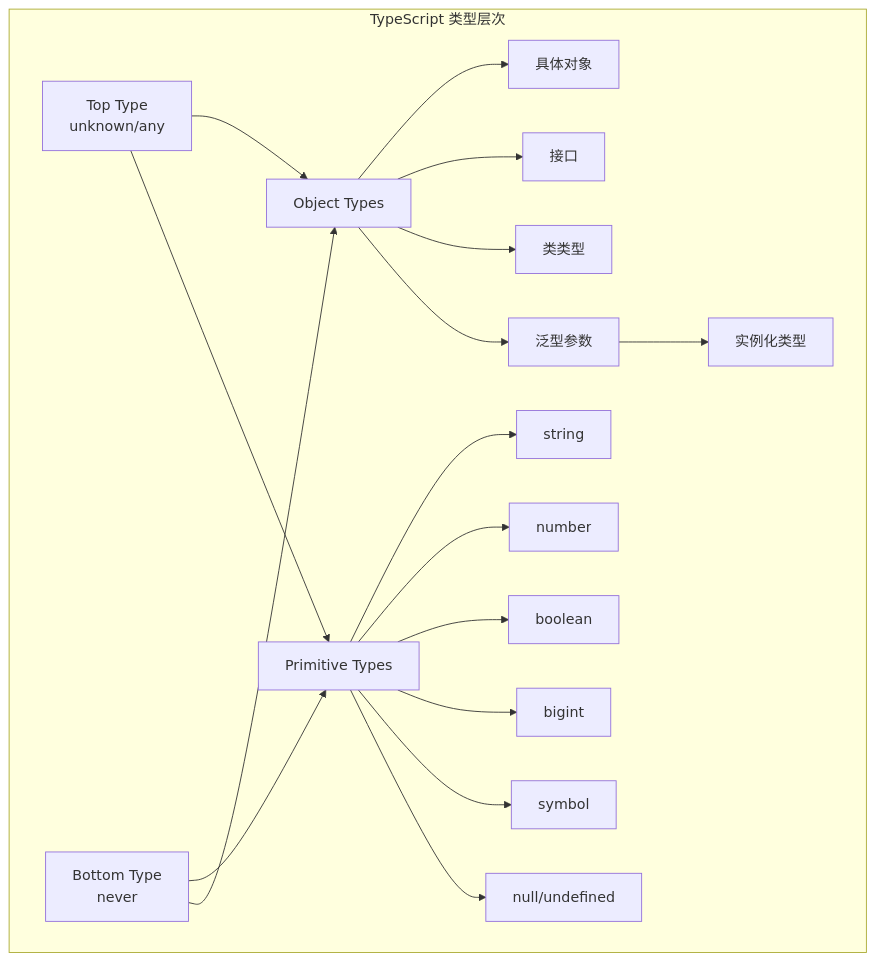
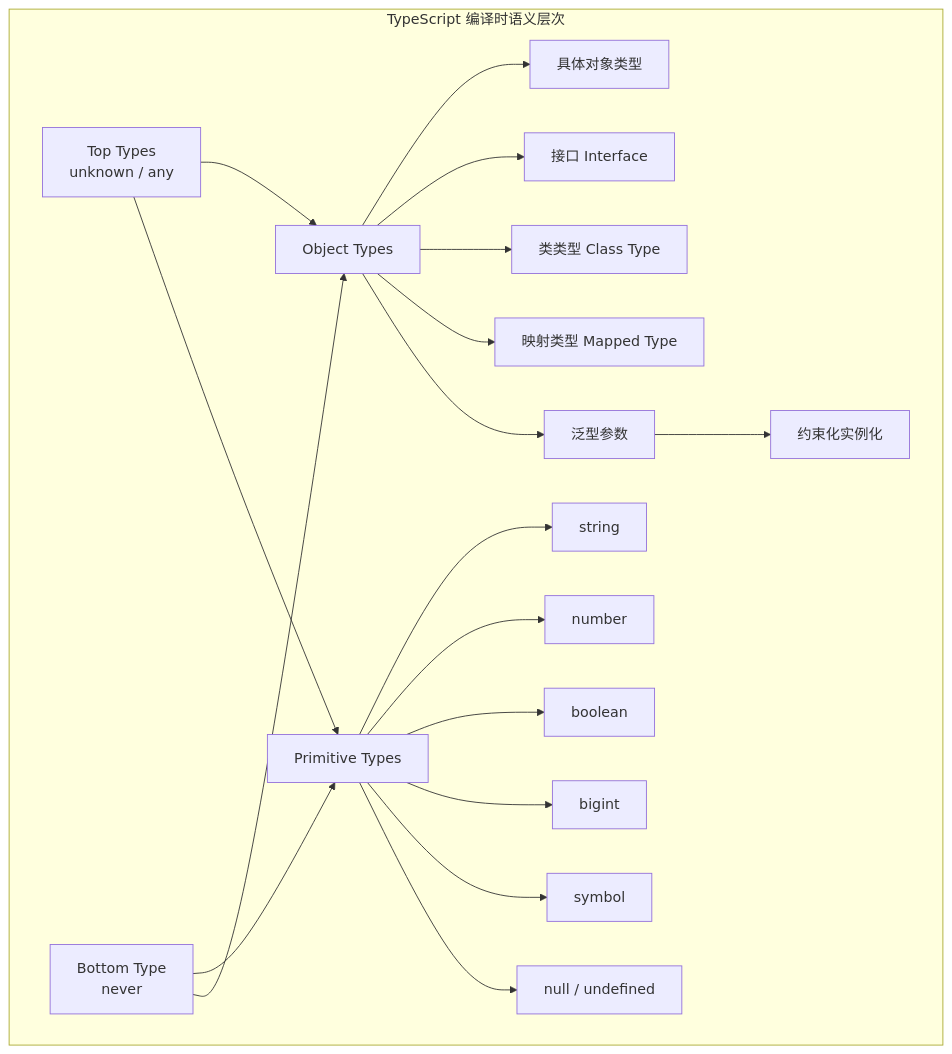
One commit to AdaMartin18010/JavaScriptTypeScript changed the sixth of 6 diagrams in JSTS全景综述/JS_TS_语言语义模型全面分析.md. Above: the diagram before and after it, drawn with Mermaid. The commit also changed other lines of this file and 5 other files, not shown here.

````diff
--- a/JSTS全景综述/JS_TS_语言语义模型全面分析.md
+++ b/JSTS全景综述/JS_TS_语言语义模型全面分析.md
@@ -331,24 +358,25 @@
 ```mermaid
 graph TB
-    subgraph "TypeScript 类型层次"
-    T1[Top Type<br/>unknown/any] --> T2[Object Types]
+    subgraph "TypeScript 编译时语义层次"
+    T1[Top Types<br/>unknown / any] --> T2[Object Types]
     T1 --> T3[Primitive Types]
 
-    T2 --> O1[具体对象]
-    T2 --> O2[接口]
-    T2 --> O3[类类型]
+    T2 --> O1[具体对象类型]
+    T2 --> O2[接口 Interface]
+    T2 --> O3[类类型 Class Type]
+    T2 --> O4[映射类型 Mapped Type]
 
     T3 --> P1[string]
     T3 --> P2[number]
     T3 --> P3[boolean]
     T3 --> P4[bigint]
     T3 --> P5[symbol]
-    T3 --> P6[null/undefined]
+    T3 --> P6[null / undefined]
 
     T2 --> G1[泛型参数]
-    G1 --> G2[实例化类型]
+    G1 --> G2[约束化实例化]
 
     B1[Bottom Type<br/>never] --> T3
     B1 --> T2
     end
 ```
````
